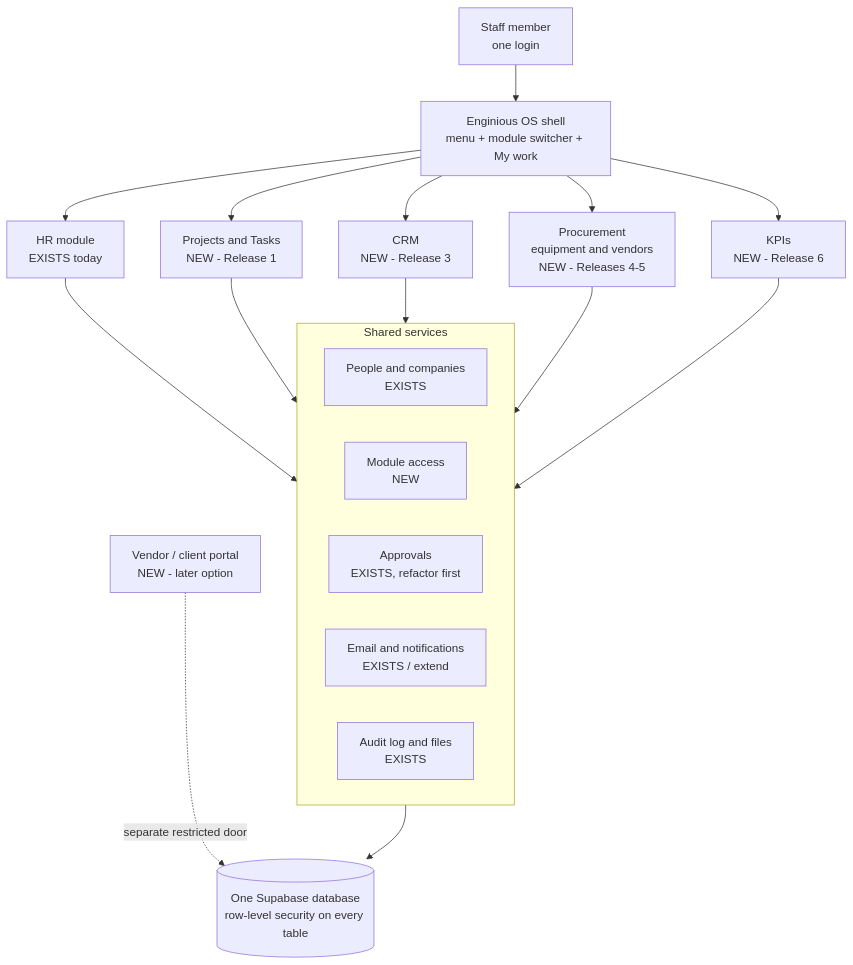
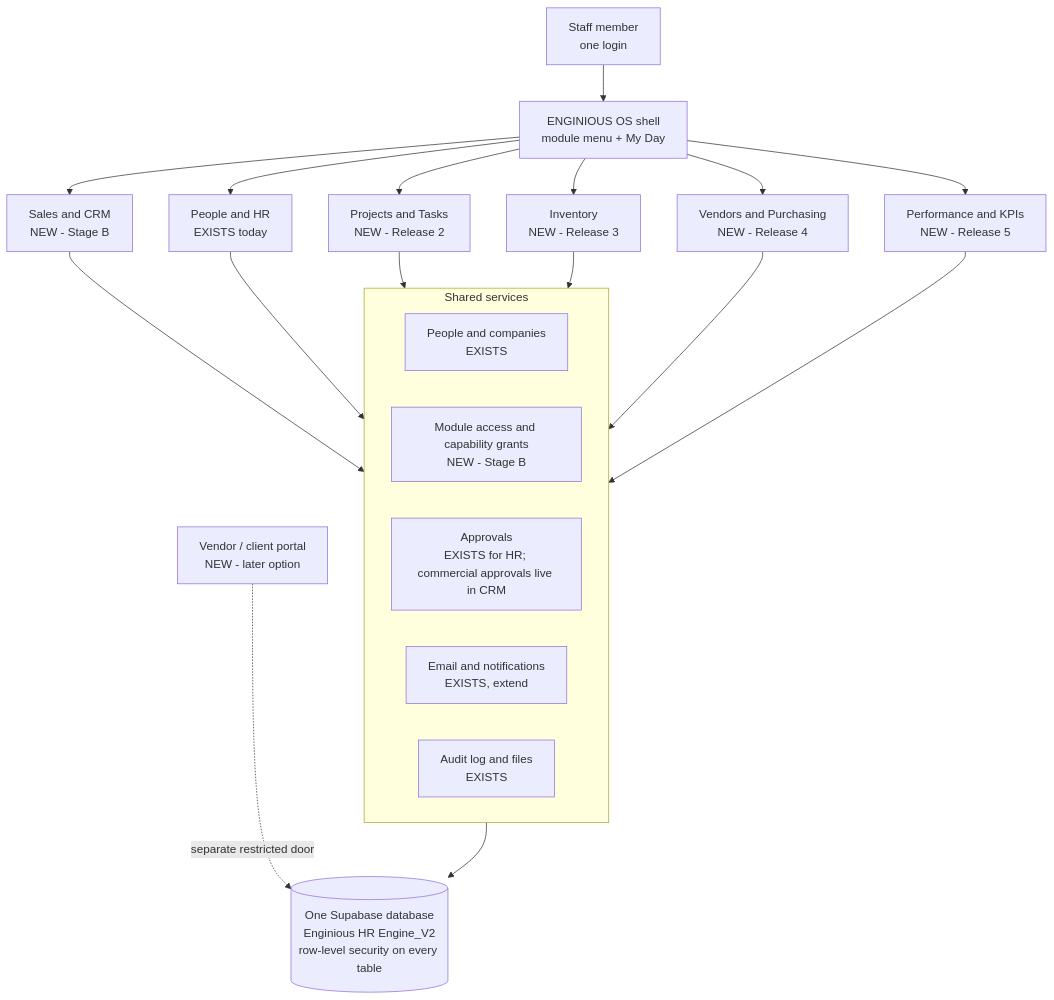
One commit to juzargulamali/HR-Engine changed the first of 2 diagrams in docs/14-enginious-os-architecture-and-roadmap.md. Above: the diagram before and after it, drawn with Mermaid. The commit also changed other lines of this file, not shown here.

First line of the commit message:
docs: roadmap v2 - Sales & CRM first, design-preview stage, final Sales permissions

````diff
--- a/docs/14-enginious-os-architecture-and-roadmap.md
+++ b/docs/14-enginious-os-architecture-and-roadmap.md
@@ -123,23 +141,25 @@
 ```mermaid
 flowchart TB
-  user["Staff member<br/>one login"] --> shell["Enginious OS shell<br/>menu + module switcher + My work"]
-  shell --> hr["HR module<br/>EXISTS today"]
-  shell --> pm["Projects and Tasks<br/>NEW - Release 1"]
-  shell --> crm["CRM<br/>NEW - Release 3"]
-  shell --> proc["Procurement<br/>equipment and vendors<br/>NEW - Releases 4-5"]
-  shell --> kpi["KPIs<br/>NEW - Release 6"]
+  user["Staff member<br/>one login"] --> shell["ENGINIOUS OS shell<br/>module menu + My Day"]
+  shell --> sales["Sales and CRM<br/>NEW - Stage B"]
+  shell --> hr["People and HR<br/>EXISTS today"]
+  shell --> pm["Projects and Tasks<br/>NEW - Release 2"]
+  shell --> inv["Inventory<br/>NEW - Release 3"]
+  shell --> ven["Vendors and Purchasing<br/>NEW - Release 4"]
+  shell --> kpi["Performance and KPIs<br/>NEW - Release 5"]
+  sales --> shared
   hr --> shared
   pm --> shared
-  crm --> shared
-  proc --> shared
+  inv --> shared
+  ven --> shared
   kpi --> shared
   subgraph shared["Shared services"]
     id["People and companies<br/>EXISTS"]
-    acc["Module access<br/>NEW"]
-    appr["Approvals<br/>EXISTS, refactor first"]
-    note["Email and notifications<br/>EXISTS / extend"]
+    acc["Module access and capability grants<br/>NEW - Stage B"]
+    appr["Approvals<br/>EXISTS for HR; commercial approvals live in CRM"]
+    note["Email and notifications<br/>EXISTS, extend"]
     aud["Audit log and files<br/>EXISTS"]
   end
-  shared --> db[("One Supabase database<br/>row-level security on every table")]
+  shared --> db[("One Supabase database<br/>Enginious HR Engine_V2<br/>row-level security on every table")]
   portal["Vendor / client portal<br/>NEW - later option"] -. "separate restricted door" .-> db
 ```
````
